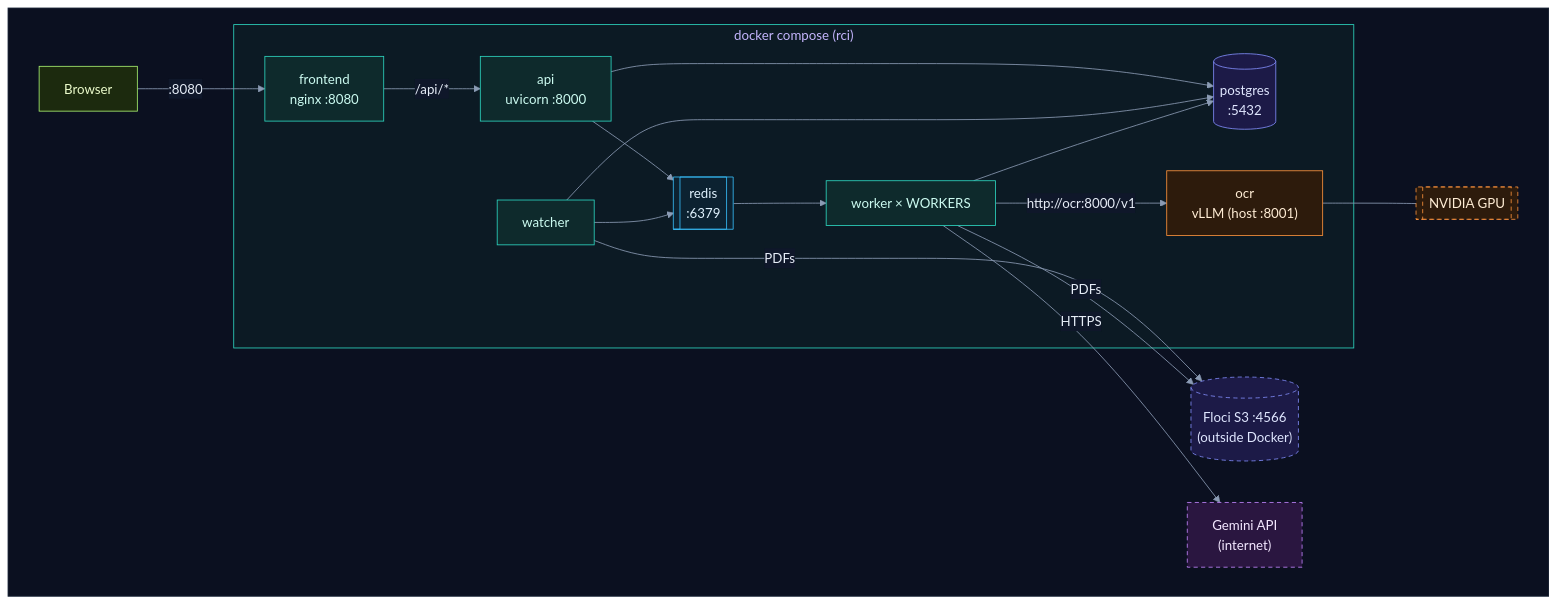
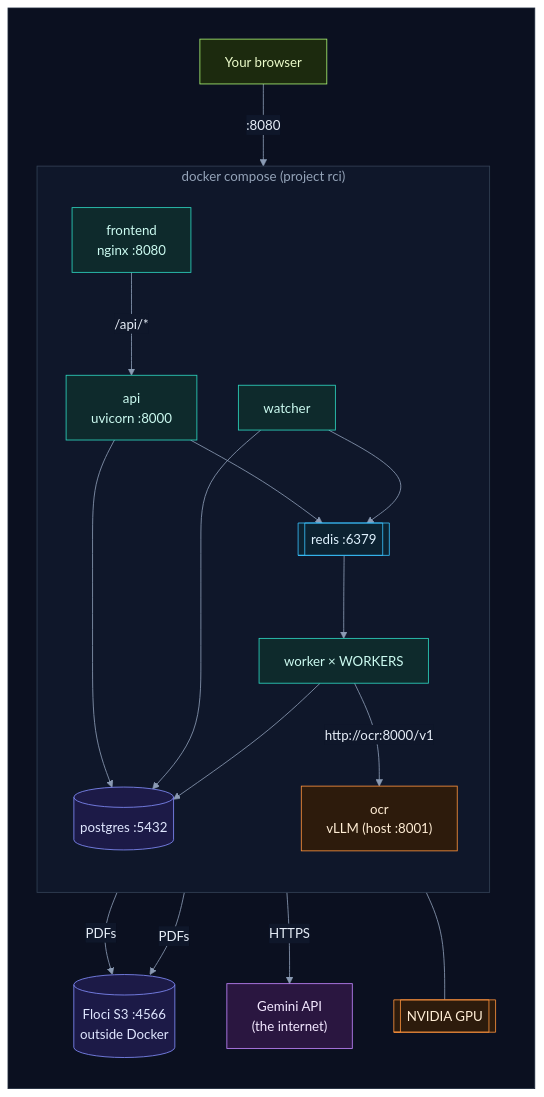
The fourth of 52 diagrams in how_it_works.md (selvakumarperumal/Regulatory_Circular_Impact_Agent), drawn with Mermaid before and after one commit. The commit also changed other lines of this file and 3 other files, not shown here.

First line of the commit message:
Rewrite how_it_works.md in plain words, a diagram per step

````diff
--- a/how_it_works.md
+++ b/how_it_works.md
@@ -132,42 +240,41 @@
 ```mermaid
 %%{init: {"theme": "base", "flowchart": {"diagramPadding": 0}, "themeVariables": {"darkMode": true, "primaryColor": "#16213a", "primaryTextColor": "#e6edf7", "primaryBorderColor": "#475a7a", "lineColor": "#8b9bb4", "secondaryColor": "#1b2436", "tertiaryColor": "#101a2e", "edgeLabelBackground": "#0f172a", "textColor": "#e2e8f0", "clusterBkg": "#0f1728", "clusterBorder": "#2b3a55", "titleColor": "#c4b5fd", "nodeTextColor": "#e6edf7"}}}%%
-flowchart LR
+flowchart TD
     subgraph canvas[" "]
-        direction LR
-        B["Browser"] -->|":8080"| FE
-        subgraph compose["docker compose (rci)"]
+        direction TB
+        B["Your browser"] -->|":8080"| FE
+        subgraph compose["docker compose (project rci)"]
+            direction TB
             FE["frontend<br/>nginx :8080"] -->|"/api/*"| API["api<br/>uvicorn :8000"]
-            API --> PG[("postgres<br/>:5432")]
-            API --> RD[["redis<br/>:6379"]]
+            API --> PG[("postgres :5432")]
+            API --> RD[["redis :6379"]]
             WA["watcher"] --> PG
             WA --> RD
             RD --> WK["worker × WORKERS"]
             WK --> PG
             WK -->|"http://ocr:8000/v1"| OC["ocr<br/>vLLM (host :8001)"]
         end
-        WA -->|PDFs| FL[("Floci S3 :4566<br/>(outside Docker)")]
-        WK -->|PDFs| FL
-        WK -->|HTTPS| GEM["Gemini API<br/>(internet)"]
+        WA -->|"PDFs"| FL[("Floci S3 :4566<br/>outside Docker")]
+        WK -->|"PDFs"| FL
+        WK -->|"HTTPS"| GEM["Gemini API<br/>(the internet)"]
         OC --- GPU[["NVIDIA GPU"]]
     end
     classDef svc fill:#0e2a2c,stroke:#2dd4bf,color:#ccfbf1
     classDef data fill:#1c1a47,stroke:#818cf8,color:#e0e7ff
     classDef ext fill:#2a1640,stroke:#c084fc,color:#f3e8ff
     classDef gpu fill:#2d1b0c,stroke:#fb923c,color:#ffedd5
     classDef ask fill:#2a2410,stroke:#fbbf24,color:#fef3c7
     classDef ok fill:#0b2a1c,stroke:#34d399,color:#d1fae5
     classDef bad fill:#2e0f17,stroke:#fb7185,color:#ffe4e6
     classDef start fill:#1c2a0e,stroke:#a7ef6f,color:#ecfccb
     classDef muted fill:#1a2130,stroke:#64748b,color:#cbd5e1
     classDef queue fill:#0c2231,stroke:#38bdf8,color:#e0f2fe
+    class B start
     class FE,API,WA,WK svc
     class PG,FL data
     class RD queue
     class GEM ext
     class OC,GPU gpu
-    class B start
-    classDef external stroke-dasharray: 5 4
-    class FL,GEM,GPU external
-    style compose fill:#0c1a24,stroke:#2dd4bf
+    style compose fill:#0f172a,stroke:#334155,color:#94a3b8
     style canvas fill:#0b1020,stroke:#1e293b,color:#0b1020
 ```
````
